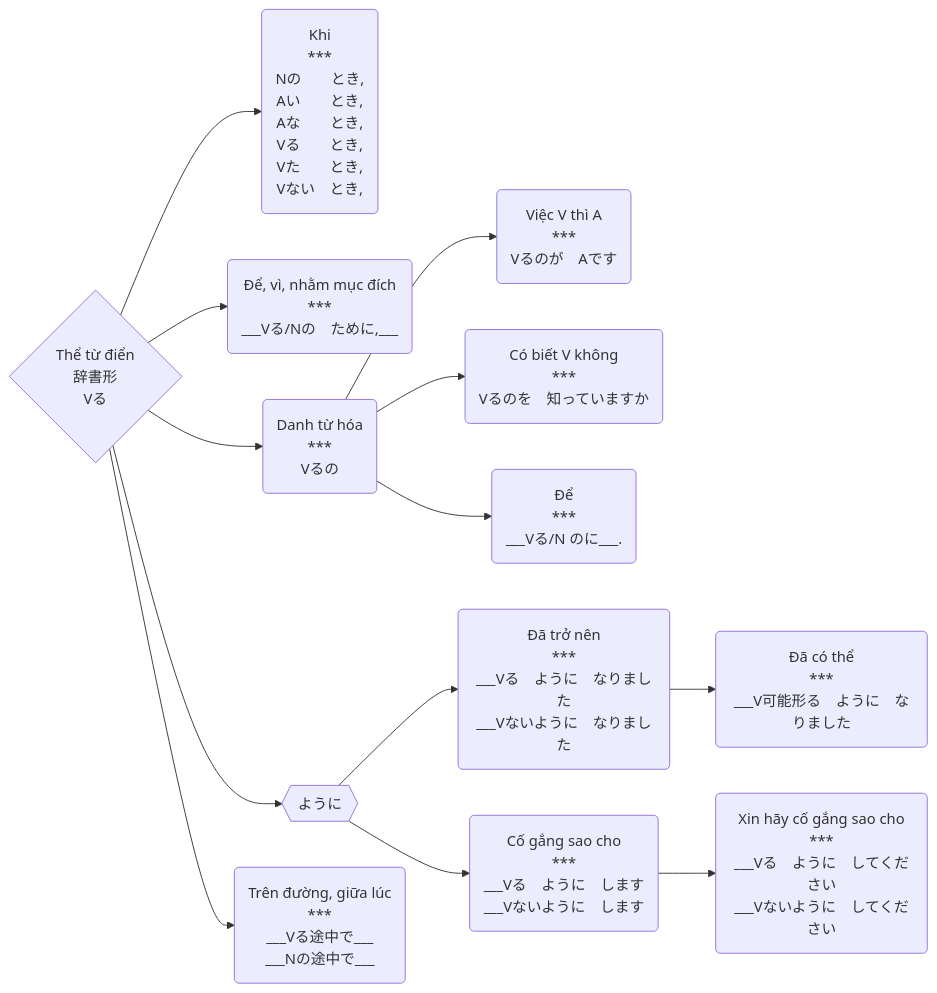
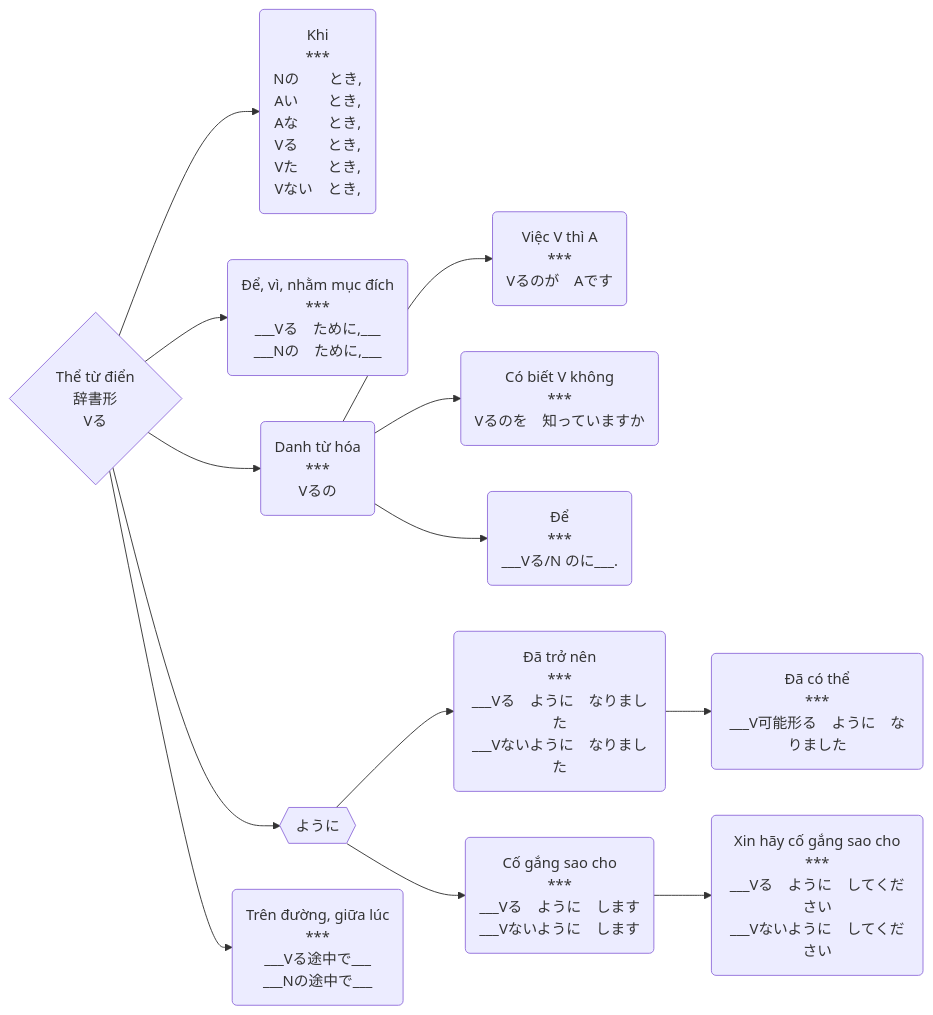
The diagram in The/辞書形.md (tea1504/learn), drawn with Mermaid before and after one commit. The commit also changed 3 other files, not shown here.

````diff
--- a/The/辞書形.md
+++ b/The/辞書形.md
@@ -1,18 +1,18 @@
 ```mermaid
 graph LR;
     V{Thể từ điển\n辞書形\nVる}
 
     V-->khi(Khi\n***\nNの　　とき,\nAい　　とき,\nAな　　とき,\nVる　　とき,\nVた　　とき,\nVない　とき,)
-    V-->nhamMucDich(Để, vì, nhằm mục đích\n***\n___Vる/Nの　ために,___)
+    V-->nhamMucDich(Để, vì, nhằm mục đích\n***\n___Vる　ために,___\n___Nの　ために,___)
     V-->danhTuHoa(Danh từ hóa\n***\nVるの)
 
     danhTuHoa-->viecVthiAGa(Việc V thì A\n***\nVるのが　Aです)
     danhTuHoa-->coBietVKhong(Có biết V không\n***\nVるのを　知っていますか)
     danhTuHoa-->de(Để\n***\n___Vる/N のに___.)
     V-->youni{{ように}}
     youni-->daTroNen(Đã trở nên\n***\n___Vる　ように　なりました\n___Vないように　なりました)
     daTroNen-->daCoThe(Đã có thể\n***\n___V可能形る　ように　なりました)
     V-->trenDuongGiuaLuc(Trên đường, giữa lúc\n***\n___Vる途中で___\n___Nの途中で___)
     youni-->coGangSaoCho(Cố gắng sao cho\n***\n___Vる　ように　します\n___Vないように　します)
     coGangSaoCho-->xinHayCoGangSaoCho(Xin hãy cố gắng sao cho\n***\n___Vる　ように　してください\n___Vないように　してください)
 ```
````
